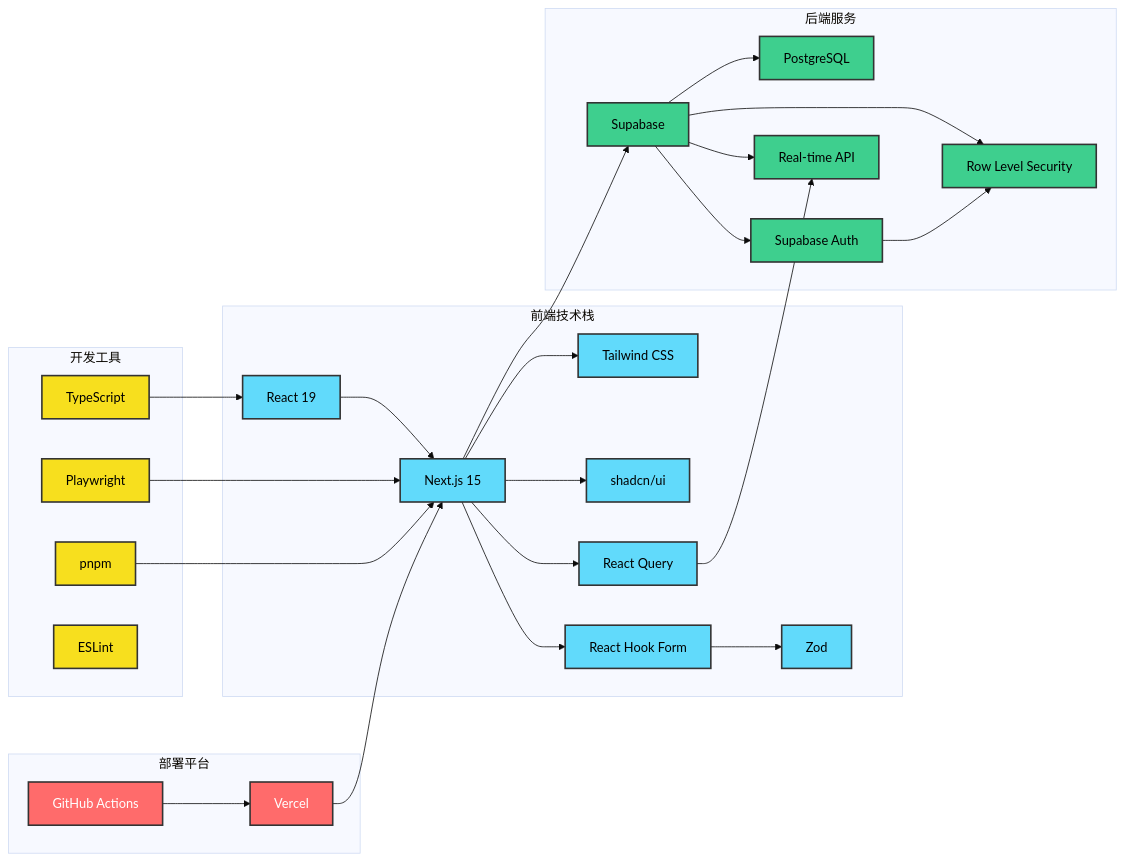
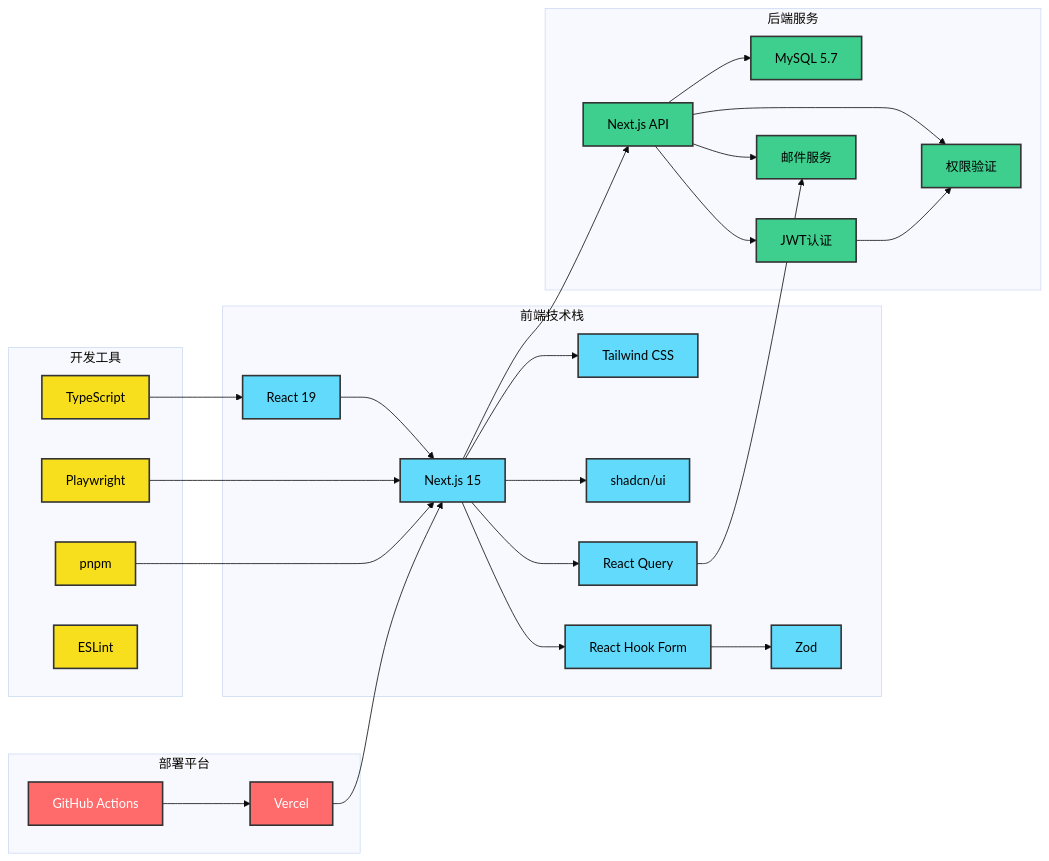
The second of 3 diagrams in docs/ARCHITECTURE.md (Sube3494/website-curator), drawn with Mermaid (base theme) before and after one commit. The commit also changed other lines of this file and 63 other files, not shown here.

First line of the commit message:
feat(stack): 从 Supabase 迁移到 MySQL 和自定义 JWT 认证

````diff
--- a/docs/ARCHITECTURE.md
+++ b/docs/ARCHITECTURE.md
@@ -138,55 +139,55 @@
 ```mermaid
 graph LR
     %% 前端技术栈
     subgraph "前端技术栈"
         A[React 19] --> B[Next.js 15]
         B --> C[Tailwind CSS]
         B --> D[shadcn/ui]
         B --> E[React Query]
         B --> F[React Hook Form]
         F --> G[Zod]
     end
 
     %% 后端服务
     subgraph "后端服务"
-        H[Supabase] --> I[PostgreSQL]
-        H --> J[Supabase Auth]
-        H --> K[Row Level Security]
-        H --> L[Real-time API]
+        H[Next.js API] --> I[MySQL 5.7]
+        H --> J[JWT认证]
+        H --> K[权限验证]
+        H --> L[邮件服务]
     end
 
     %% 开发工具
     subgraph "开发工具"
         M[TypeScript]
         N[Playwright]
         O[pnpm]
         P[ESLint]
     end
 
     %% 部署平台
     subgraph "部署平台"
         Q[Vercel]
         R[GitHub Actions]
     end
 
     %% 连接关系
     B --> H
     E --> L
     J --> K
     M --> A
     N --> B
     O --> B
     Q --> B
     R --> Q
 
     %% 样式
     classDef frontend fill:#61dafb,stroke:#333,stroke-width:2px,color:#000
     classDef backend fill:#3ecf8e,stroke:#333,stroke-width:2px,color:#000
     classDef tools fill:#f7df1e,stroke:#333,stroke-width:2px,color:#000
     classDef deploy fill:#ff6b6b,stroke:#333,stroke-width:2px,color:#fff
 
     class A,B,C,D,E,F,G frontend
     class H,I,J,K,L backend
     class M,N,O,P tools
     class Q,R deploy
 ```
````
